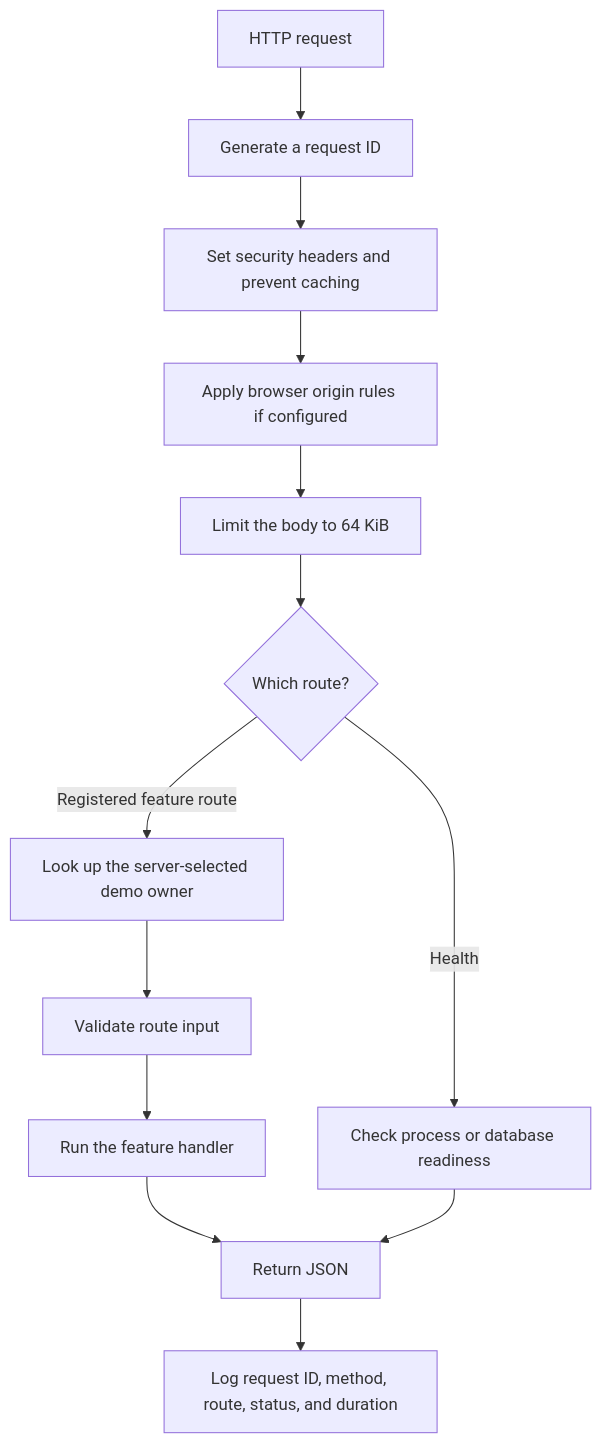
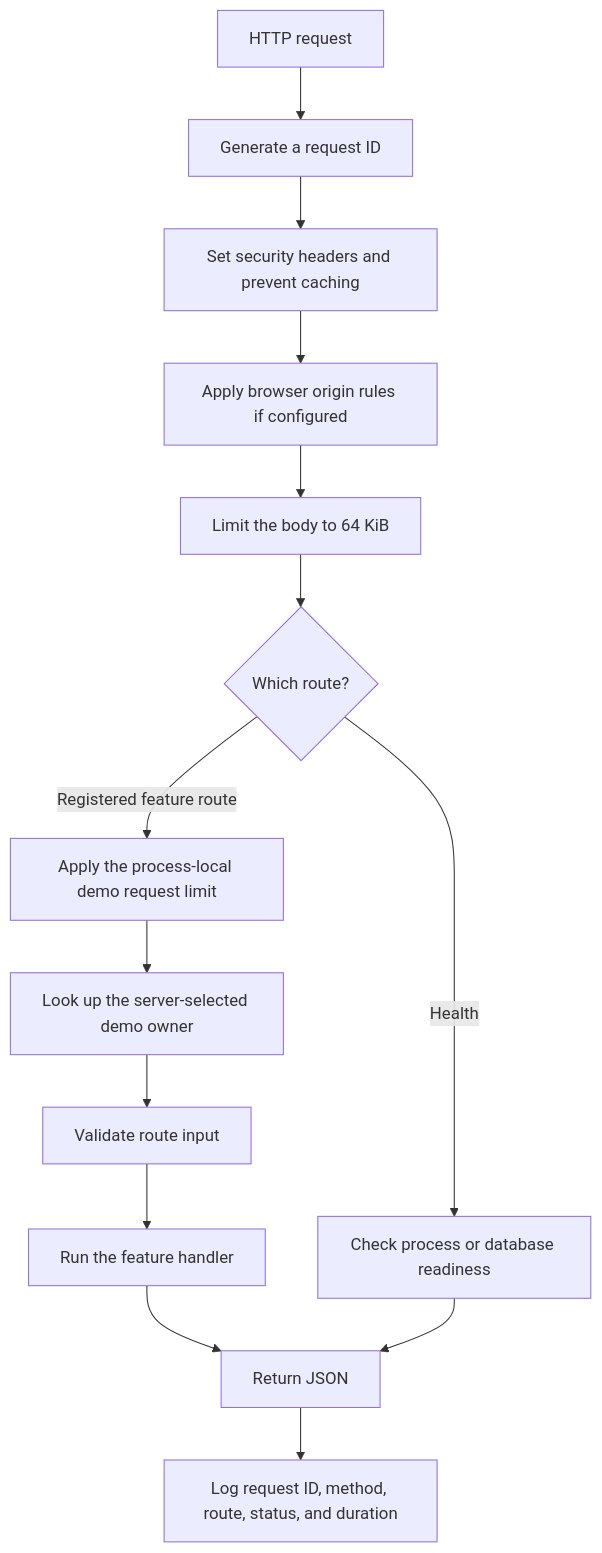
The diagram in docs/http-guide.md (jaminwebdev/hono-drizzle-api), drawn with Mermaid before and after one commit. The commit also changed other lines of this file and 19 other files, not shown here.

````diff
--- a/docs/http-guide.md
+++ b/docs/http-guide.md
@@ -7,15 +7,16 @@
 ```mermaid
 flowchart TD
     Request["HTTP request"] --> ID["Generate a request ID"]
     ID --> Headers["Set security headers and prevent caching"]
     Headers --> CORS["Apply browser origin rules if configured"]
     CORS --> Size["Limit the body to 64 KiB"]
     Size --> Route{"Which route?"}
     Route -->|"Health"| Health["Check process or database readiness"]
-    Route -->|"Registered feature route"| Owner["Look up the server-selected demo owner"]
+    Route -->|"Registered feature route"| Limit["Apply the process-local demo request limit"]
+    Limit --> Owner["Look up the server-selected demo owner"]
     Owner --> Validate["Validate route input"]
     Validate --> Handler["Run the feature handler"]
     Handler --> Response["Return JSON"]
     Health --> Response
     Response --> Log["Log request ID, method, route, status, and duration"]
 ```
````
